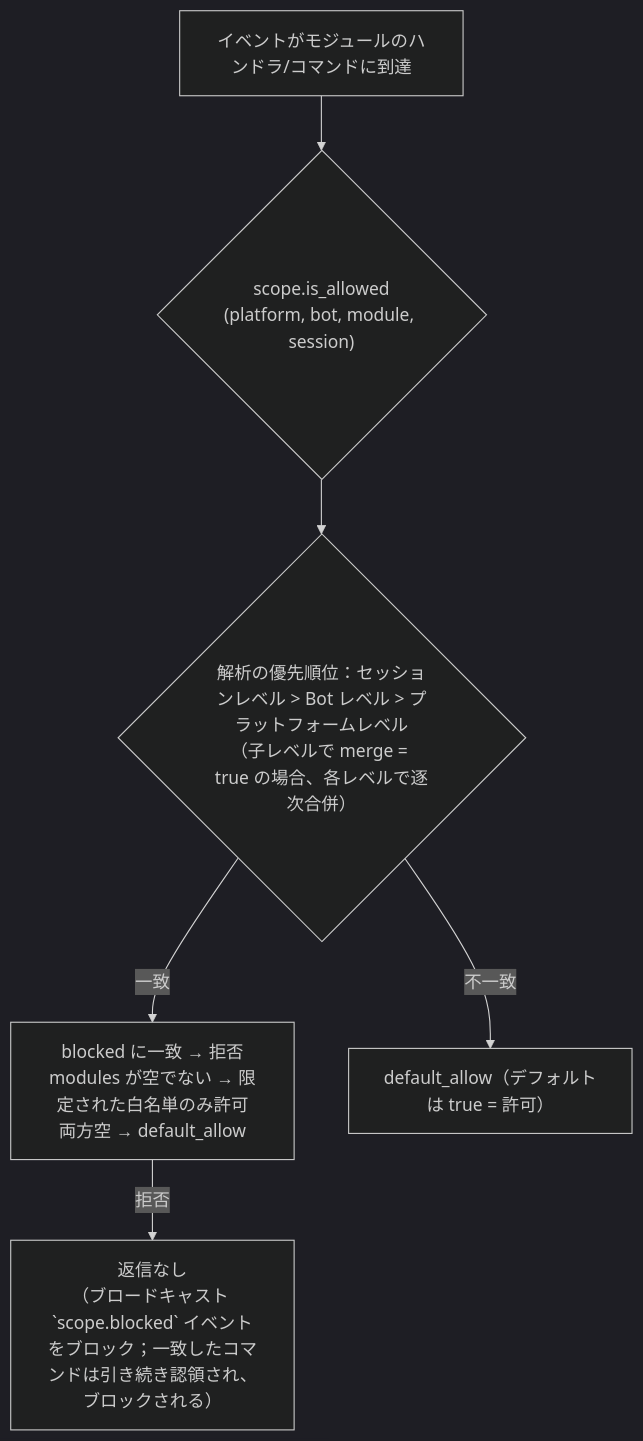
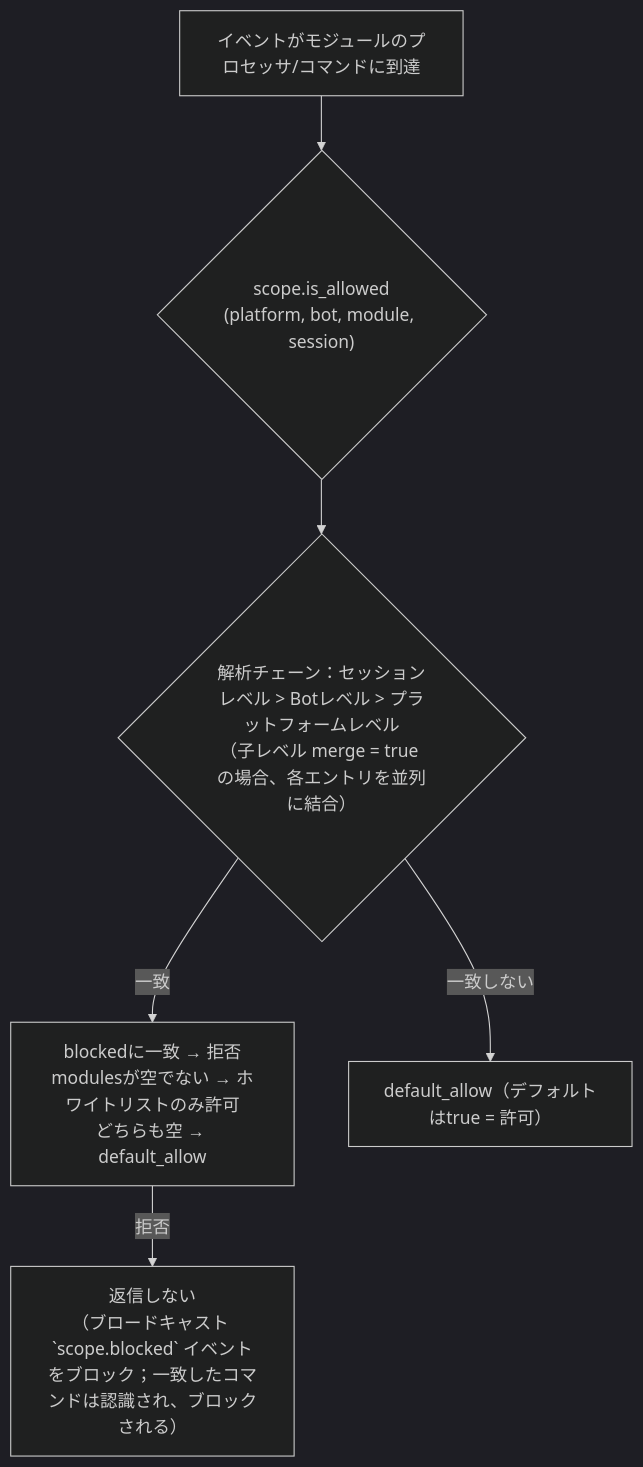
The diagram in docs/ja/advanced/scope.md (ErisPulse/ErisPulse), drawn with Mermaid (dark theme) before and after one commit. The commit also changed other lines of this file and 35 other files, not shown here.

````diff
--- a/docs/ja/advanced/scope.md
+++ b/docs/ja/advanced/scope.md
@@ -95,8 +89,8 @@
 ```mermaid
 flowchart TD
-    A["イベントがモジュールのハンドラ/コマンドに到達"] --> B{"scope.is_allowed<br/>(platform, bot, module, session)"}
-    B --> C{"解析の優先順位：セッションレベル > Bot レベル > プラットフォームレベル<br/>（子レベルで merge = true の場合、各レベルで逐次合併）"}
-    C -->|"一致"| D["blocked に一致 → 拒否<br/>modules が空でない → 限定された白名単のみ許可<br/>両方空 → default_allow"]
-    C -->|"不一致"| E["default_allow（デフォルトは true = 許可）"]
-    D -->|"拒否"| Z["返信なし<br/>（ブロードキャスト `scope.blocked` イベントをブロック；一致したコマンドは引き続き認領され、ブロックされる）"]
+    A["イベントがモジュールのプロセッサ/コマンドに到達"] --> B{"scope.is_allowed<br/>(platform, bot, module, session)"}
+    B --> C{"解析チェーン：セッションレベル > Botレベル > プラットフォームレベル<br/>（子レベル merge = true の場合、各エントリを並列に結合）"}
+    C -->|"一致"| D["blockedに一致 → 拒否<br/>modulesが空でない → ホワイトリストのみ許可<br/>どちらも空 → default_allow"]
+    C -->|"一致しない"| E["default_allow（デフォルトはtrue = 許可）"]
+    D -->|"拒否"| Z["返信しない<br/>（ブロードキャスト `scope.blocked` イベントをブロック；一致したコマンドは認識され、ブロックされる）"]
 ```
````
